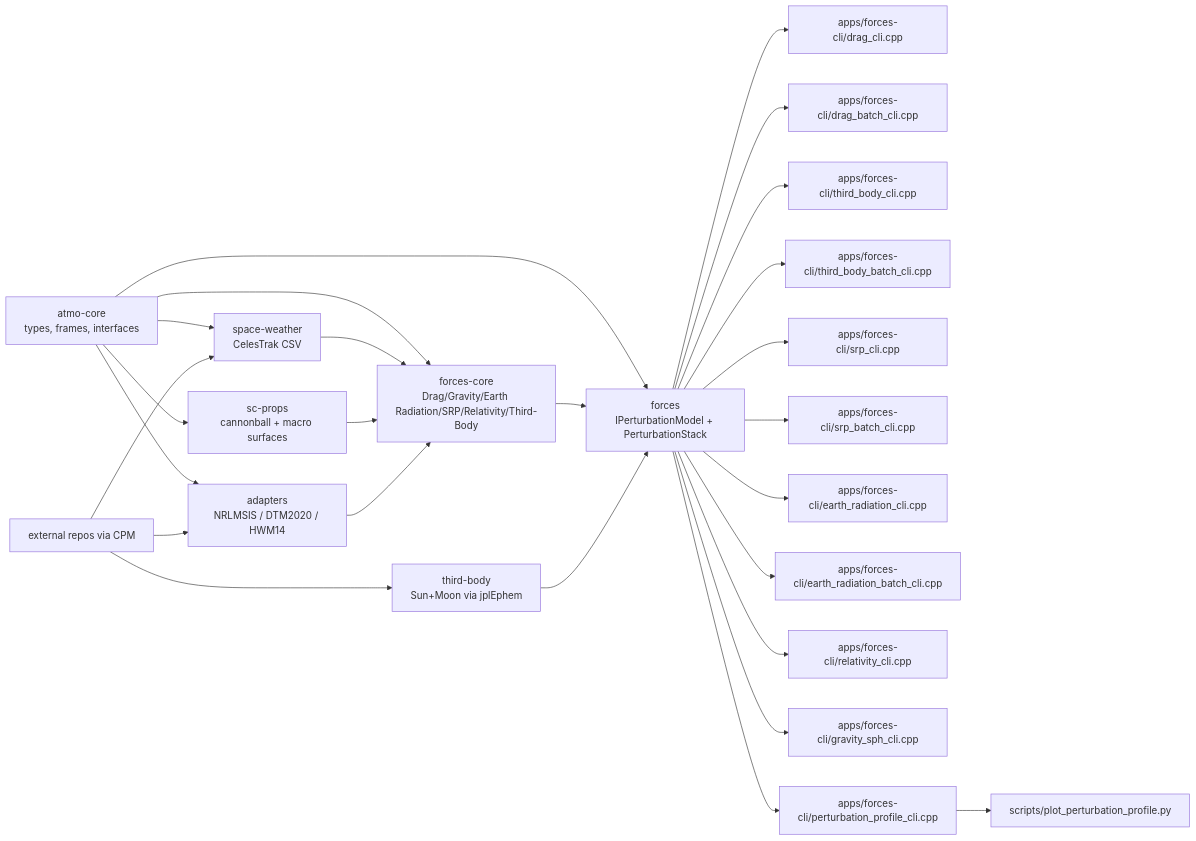
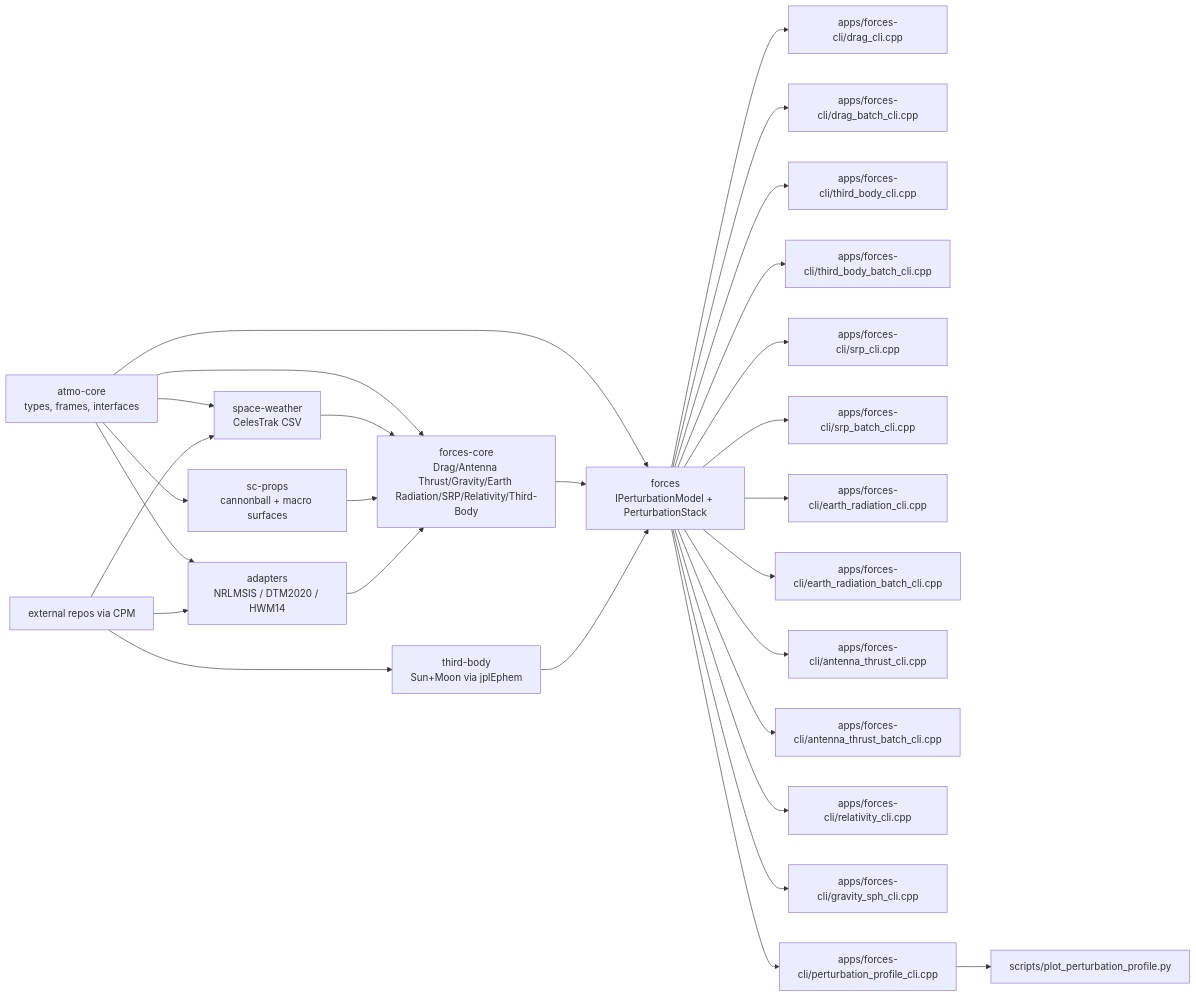
The diagram in README.md (watsonryan/astroforces), drawn with Mermaid before and after one commit. The commit also changed other lines of this file and 4 other files, not shown here.

Commit message:
integrate antenna thrust into profile outputs

````diff
--- a/README.md
+++ b/README.md
@@ -6,28 +6,30 @@
 ```mermaid
 flowchart LR
   A[atmo-core<br/>types, frames, interfaces] --> B[space-weather<br/>CelesTrak CSV]
   A --> C[sc-props<br/>cannonball + macro surfaces]
   A --> D[adapters<br/>NRLMSIS / DTM2020 / HWM14]
-  A --> E[forces-core<br/>Drag/Gravity/Earth Radiation/SRP/Relativity/Third-Body]
+  A --> E[forces-core<br/>Drag/Antenna Thrust/Gravity/Earth Radiation/SRP/Relativity/Third-Body]
   A --> F[forces<br/>IPerturbationModel + PerturbationStack]
   B --> E
   C --> E
   D --> E
   E --> F
   T[third-body<br/>Sun+Moon via jplEphem] --> F
   F --> G[apps/forces-cli/drag_cli.cpp]
   F --> H[apps/forces-cli/drag_batch_cli.cpp]
   F --> X[apps/forces-cli/third_body_cli.cpp]
   F --> Y[apps/forces-cli/third_body_batch_cli.cpp]
   F --> S[apps/forces-cli/srp_cli.cpp]
   F --> U[apps/forces-cli/srp_batch_cli.cpp]
   F --> R[apps/forces-cli/earth_radiation_cli.cpp]
   F --> V[apps/forces-cli/earth_radiation_batch_cli.cpp]
+  F --> M[apps/forces-cli/antenna_thrust_cli.cpp]
+  F --> N[apps/forces-cli/antenna_thrust_batch_cli.cpp]
   F --> W[apps/forces-cli/relativity_cli.cpp]
   F --> K[apps/forces-cli/gravity_sph_cli.cpp]
   F --> P[apps/forces-cli/perturbation_profile_cli.cpp]
   P --> Q[scripts/plot_perturbation_profile.py]
   I[external repos via CPM] --> D
   I --> T
   I --> B
 ```
````
